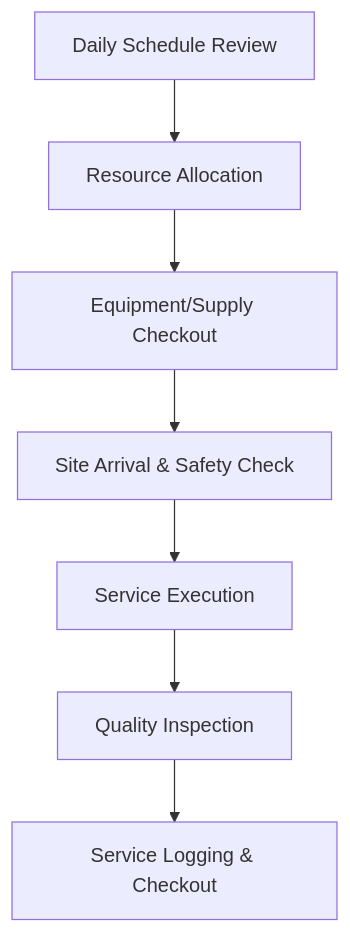
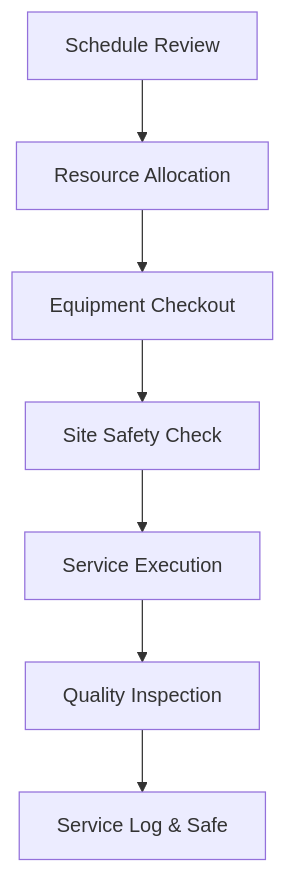
The diagram in HWB-COMPANY/HWB-OPERATIONS/HWB-OPS-001 Operations Management SOP.md (Humbertoed11/hwb-institutional-website), drawn with Mermaid before and after one commit. The commit also changed other lines of this file and 236 other files, not shown here.

````diff
--- a/HWB-COMPANY/HWB-OPERATIONS/HWB-OPS-001 Operations Management SOP.md
+++ b/HWB-COMPANY/HWB-OPERATIONS/HWB-OPS-001 Operations Management SOP.md
@@ -35,9 +41,9 @@
 ```mermaid
 graph TD
-    A[Daily Schedule Review] --> B[Resource Allocation]
-    B --> C[Equipment/Supply Checkout]
-    C --> D[Site Arrival & Safety Check]
+    A[Schedule Review] --> B[Resource Allocation]
+    B --> C[Equipment Checkout]
+    C --> D[Site Safety Check]
     D --> E[Service Execution]
     E --> F[Quality Inspection]
-    F --> G[Service Logging & Checkout]
+    F --> G[Service Log & Safe]
 ```
````
